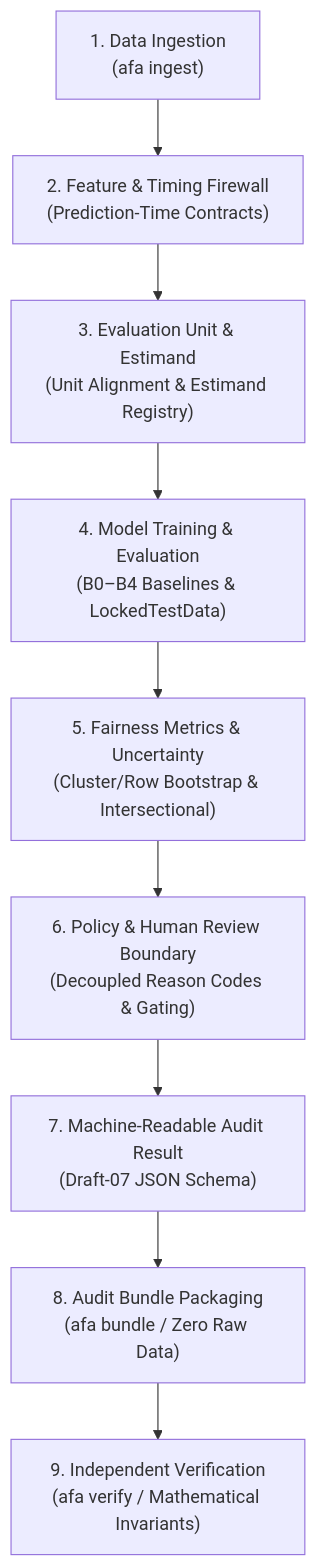
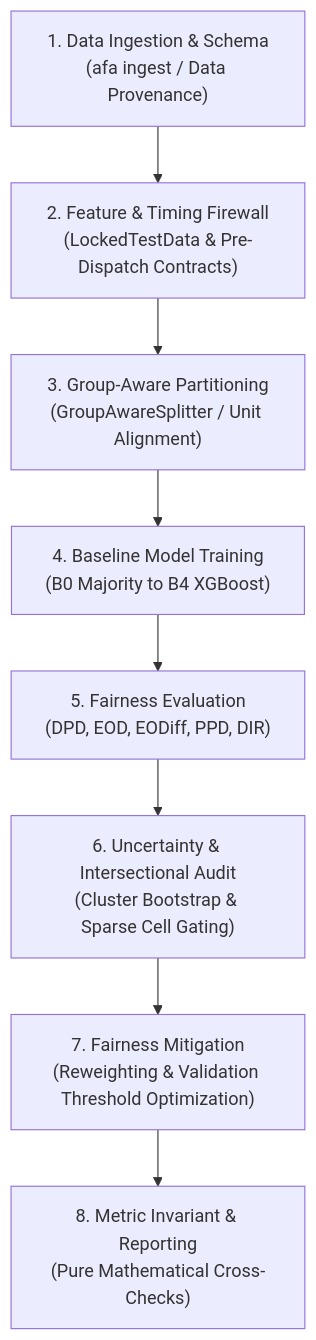
One commit to VaradaGovind/algorithmic-fairness-analysis changed the diagram in README.md. Above: the diagram before and after it, drawn with Mermaid. The commit also changed other lines of this file, not shown here.

````diff
--- a/README.md
+++ b/README.md
@@ -53,11 +32,10 @@
 ```mermaid
 flowchart TD
-    A["1. Data Ingestion<br/>(afa ingest)"] --> B["2. Feature & Timing Firewall<br/>(Prediction-Time Contracts)"]
-    B --> C["3. Evaluation Unit & Estimand<br/>(Unit Alignment & Estimand Registry)"]
-    C --> D["4. Model Training & Evaluation<br/>(B0–B4 Baselines & LockedTestData)"]
-    D --> E["5. Fairness Metrics & Uncertainty<br/>(Cluster/Row Bootstrap & Intersectional)"]
-    E --> F["6. Policy & Human Review Boundary<br/>(Decoupled Reason Codes & Gating)"]
-    F --> G["7. Machine-Readable Audit Result<br/>(Draft-07 JSON Schema)"]
-    G --> H["8. Audit Bundle Packaging<br/>(afa bundle / Zero Raw Data)"]
-    H --> I["9. Independent Verification<br/>(afa verify / Mathematical Invariants)"]
+    A["1. Data Ingestion & Schema<br/>(afa ingest / Data Provenance)"] --> B["2. Feature & Timing Firewall<br/>(LockedTestData & Pre-Dispatch Contracts)"]
+    B --> C["3. Group-Aware Partitioning<br/>(GroupAwareSplitter / Unit Alignment)"]
+    C --> D["4. Baseline Model Training<br/>(B0 Majority to B4 XGBoost)"]
+    D --> E["5. Fairness Evaluation<br/>(DPD, EOD, EODiff, PPD, DIR)"]
+    E --> F["6. Uncertainty & Intersectional Audit<br/>(Cluster Bootstrap & Sparse Cell Gating)"]
+    F --> G["7. Fairness Mitigation<br/>(Reweighting & Validation Threshold Optimization)"]
+    G --> H["8. Metric Invariant & Reporting<br/>(Pure Mathematical Cross-Checks)"]
 ```
````
